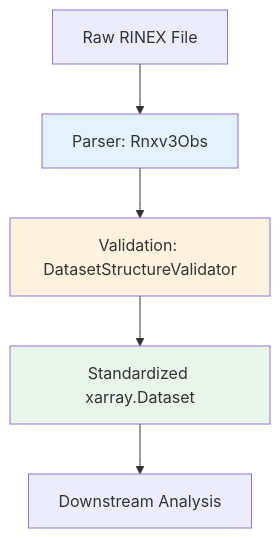
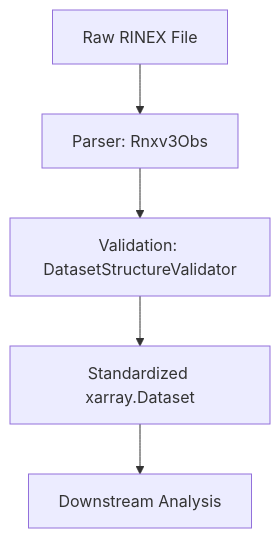
The first of 2 diagrams in docs/packages/readers/overview.md (mfkiwl/canvodpy), drawn with Mermaid before and after one commit. The commit also changed 4 other files, not shown here.

Commit message:
style(docs): Remove inline mermaid colors in favor of beautiful-mermaid theming

````diff
--- a/docs/packages/readers/overview.md
+++ b/docs/packages/readers/overview.md
@@ -29,11 +29,8 @@
 ```mermaid
 graph TD
     A[Raw RINEX File] --> B[Parser: Rnxv3Obs]
     B --> C[Validation: DatasetStructureValidator]
     C --> D[Standardized xarray.Dataset]
     D --> E[Downstream Analysis]
 
-    style B fill:#e3f2fd
-    style C fill:#fff3e0
-    style D fill:#e8f5e9
 ```
````
